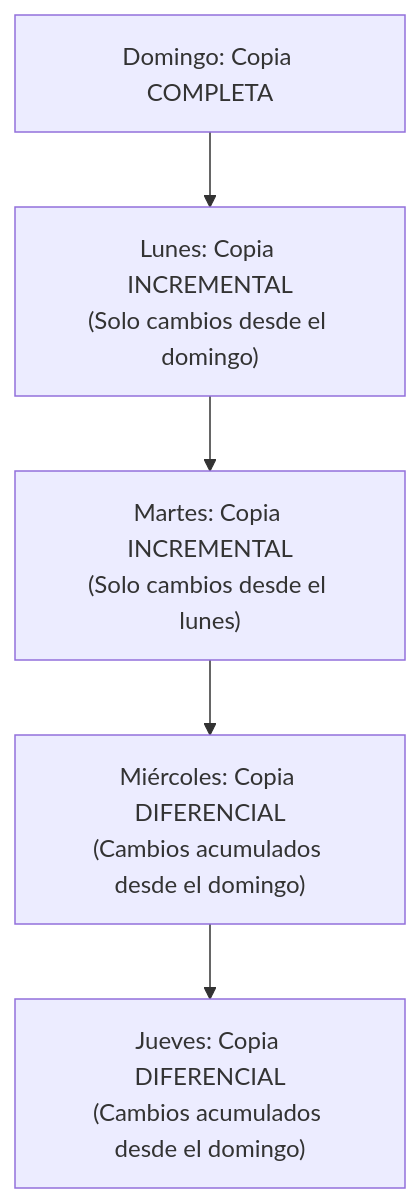
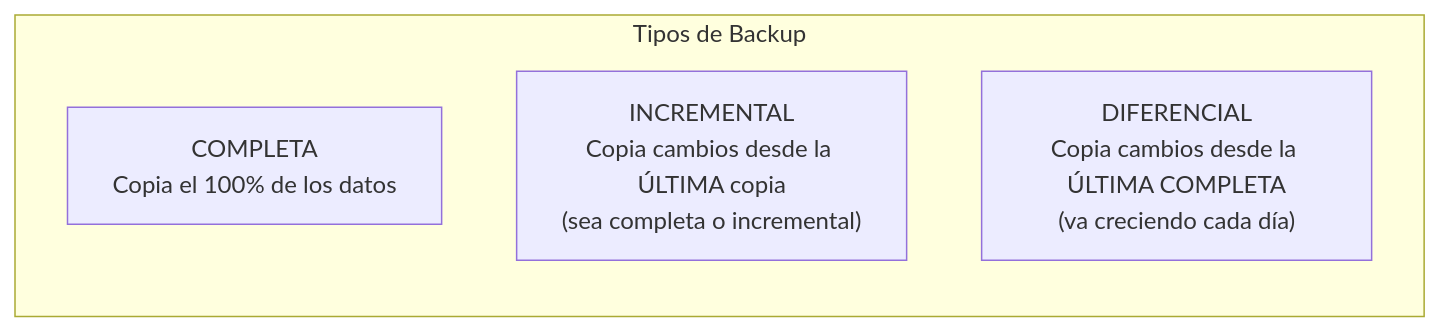
One commit to JohnDSil/apuntes_asir changed the third of 3 diagrams in docs/2-curso/sad/02-seguridad-fisica-sai-backup.md. Above: the diagram before and after it, drawn with Mermaid. The commit also changed other lines of this file and 4 other files, not shown here.

````diff
--- a/docs/2-curso/sad/02-seguridad-fisica-sai-backup.md
+++ b/docs/2-curso/sad/02-seguridad-fisica-sai-backup.md
@@ -121,10 +129,8 @@
 ```mermaid
-flowchart TD
-    DOM["Domingo: Copia COMPLETA"]
-    LUN["Lunes: Copia INCREMENTAL\n(Solo cambios desde el domingo)"]
-    MAR["Martes: Copia INCREMENTAL\n(Solo cambios desde el lunes)"]
-    MIE["Miércoles: Copia DIFERENCIAL\n(Cambios acumulados desde el domingo)"]
-    JUE["Jueves: Copia DIFERENCIAL\n(Cambios acumulados desde el domingo)"]
-
-    DOM --> LUN --> MAR --> MIE --> JUE
+flowchart LR
+    subgraph Estrategias ["Tipos de Backup"]
+        C["COMPLETA\nCopia el 100% de los datos"]
+        I["INCREMENTAL\nCopia cambios desde la ÚLTIMA copia\n(sea completa o incremental)"]
+        D["DIFERENCIAL\nCopia cambios desde la ÚLTIMA COMPLETA\n(va creciendo cada día)"]
+    end
 ```
````
